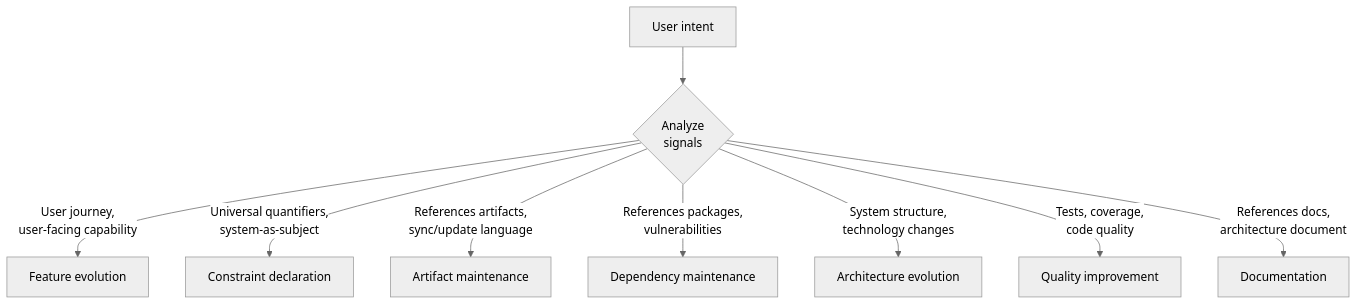
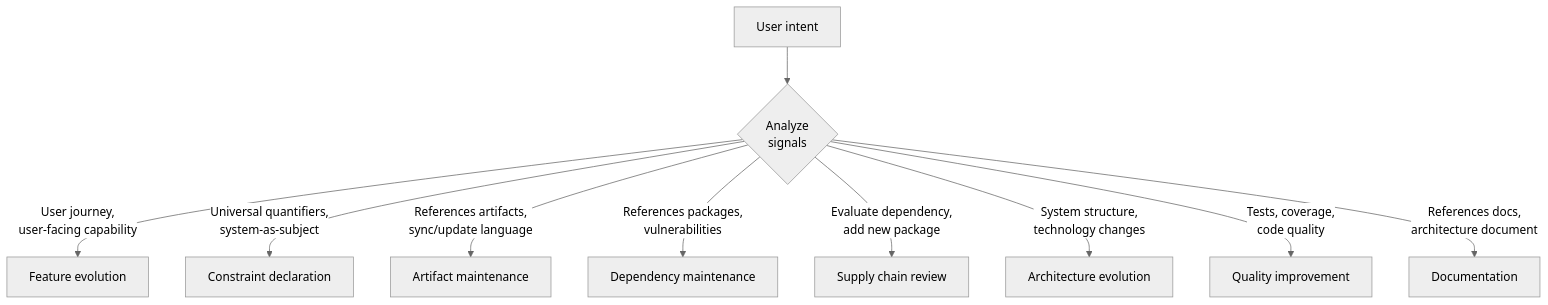
Before and after one commit to provenimpact/proven-capability: the first of 7 diagrams in skills/proven-needs/SKILL.md, drawn with Mermaid (neutral theme). The commit also changed other lines of this file and 3 other files, not shown here.

First line of the commit message:
feat(needs-supply-review): add OSS dependency evaluation skill based on OpenSSF guide

````diff
--- a/skills/proven-needs/SKILL.md
+++ b/skills/proven-needs/SKILL.md
@@ -191,12 +193,13 @@
 ```mermaid
 flowchart TD
     INPUT["User intent"] --> SIGNALS{"Analyze<br/>signals"}
 
     SIGNALS -->|"User journey,<br/>user-facing capability"| FEAT["Feature evolution"]
     SIGNALS -->|"Universal quantifiers,<br/>system-as-subject"| CONST["Constraint declaration"]
     SIGNALS -->|"References artifacts,<br/>sync/update language"| ART["Artifact maintenance"]
     SIGNALS -->|"References packages,<br/>vulnerabilities"| DEP["Dependency maintenance"]
+    SIGNALS -->|"Evaluate dependency,<br/>add new package"| SUPPLY["Supply chain review"]
     SIGNALS -->|"System structure,<br/>technology changes"| ARCH["Architecture evolution"]
     SIGNALS -->|"Tests, coverage,<br/>code quality"| QUAL["Quality improvement"]
     SIGNALS -->|"References docs,<br/>architecture document"| DOC["Documentation"]
 ```
````
